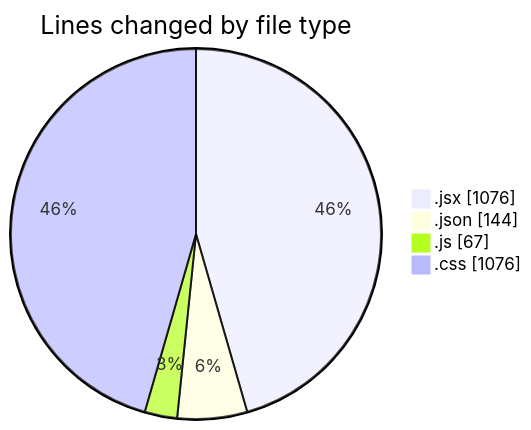
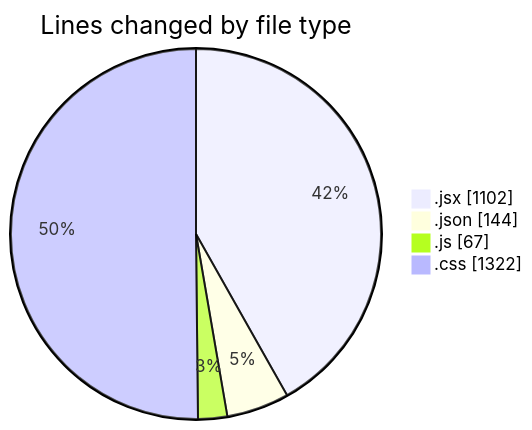
Before and after one commit to BS-eng2023/code-tracking: the first of 2 diagrams in 2025-05-04/project/README.md, drawn with Mermaid. The commit also changed other lines of this file and 1 other file, not shown here.

````diff
--- a/2025-05-04/project/README.md
+++ b/2025-05-04/project/README.md
@@ -35,8 +35,8 @@
 ```mermaid
 pie showData
 title Lines changed by file type
-".jsx" : 1076
+".jsx" : 1102
 ".json" : 144
 ".js" : 67
-".css" : 1076
+".css" : 1322
 ```
````
